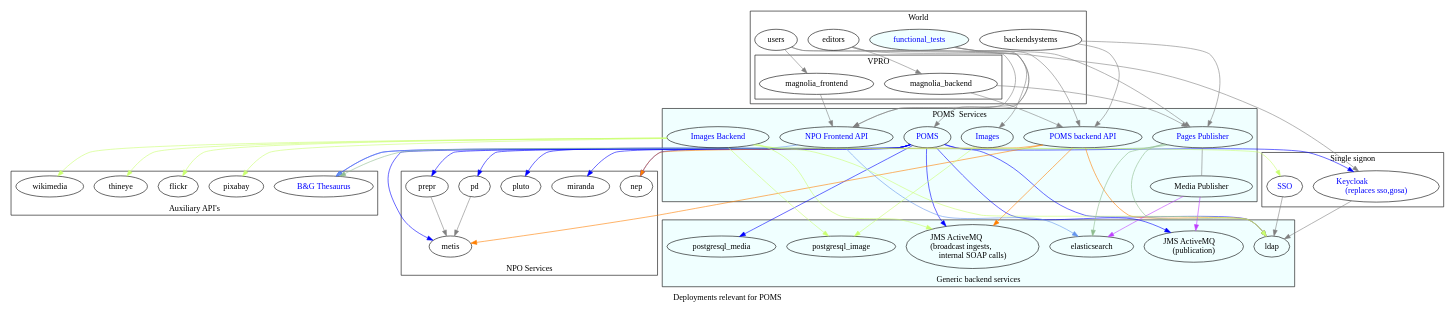
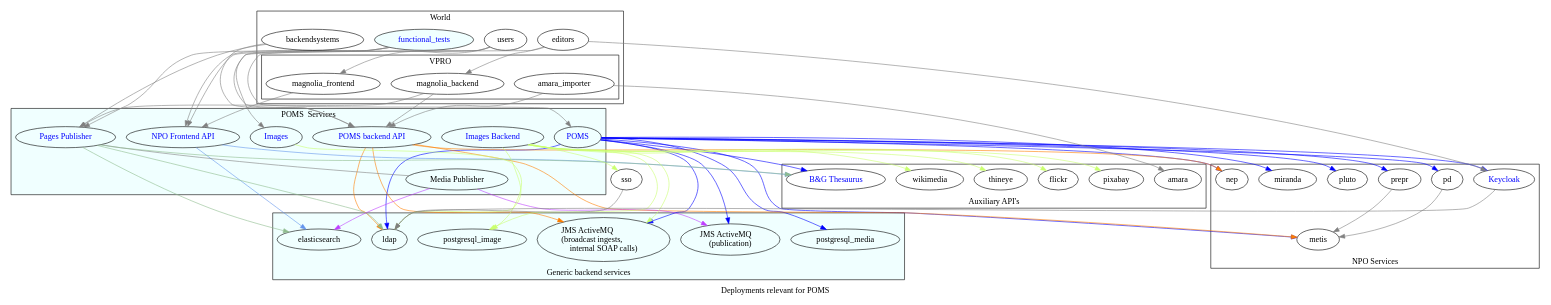
Before and after one commit to npo-poms/poms-parent: the diagram in poms-deployment.dot, drawn with Graphviz. The commit also changed 5 other files, not shown here.

Commit message:
removed cas, added amara_poms

```diff
--- a/poms-deployment.dot
+++ b/poms-deployment.dot
@@ -1,186 +1,189 @@
 digraph poms_universe {
 
     label="Deployments relevant for POMS"
     edge [
       color=gray
     ]
 
     poms [ label="POMS" href="https://poms.omroep.nl/" fontcolor=blue ]
     poms_backend [ label="POMS backend API" href="https://api.poms.omroep.nl/" fontcolor=blue ]
     api [ label = "NPO Frontend API" href="https://rs.poms.omroep.nl/" fontcolor=blue ]
     pages_publish [ label = "Pages Publisher"     href="https://publish.pages.omroep.nl/" fontcolor=blue ]
     media_publish [ label = "Media Publisher" ]
     images_frontend [ label = "Images" href="https://images.poms.omroep.nl" fontcolor=blue]
     images_backend [ label = "Images Backend" href="https://poms.omroep.nl/images/" fontcolor=blue ]
     gtaa [ label ="B&G Thesaurus"  href="http://gtaa.beeldengeluid.nl/" fontcolor=blue]
     thineye
     functional_tests [
        fillcolor=azure
        style=filled
        href="https://jenkins.vpro.nl/job/POMS%20Functional%20Tests/"
        fontcolor="blue"
     ]
 
     subgraph cluster_0  {
       label="Generic backend services"
       labelloc=b
       bgcolor=azure
       postgresql_media
       postgresql_image
       elasticsearch
       jms_ingest [ label = "JMS ActiveMQ\l(broadcast ingests,\linternal SOAP calls)" ]
       jms_publish [ label = "JMS ActiveMQ\l(publication)" ]
       ldap
       // gosa [ label="GOSa" href="https://admin.sso.omroep.nl/" fontcolor=blue
 
     }
-   subgraph cluster_1  {
-    label="Single signon"
-    sso [ label="SSO" href="https://sso.omroep.nl" fontcolor=blue]
-    keycloak [ label = "Keycloak\l(replaces sso,gosa)" href="https://ident-test.poms.omroep.nl/auth/" fontcolor=blue]
-}
 
 
 subgraph cluster_3  {
   label="World"
   users
   backendsystems
   editors
   functional_tests
 subgraph cluster_2  {
   label="VPRO"
   magnolia_frontend
   magnolia_backend
+  amara_importer
 }
 
 }
 subgraph cluster_4  {
   label="POMS  Services"
   bgcolor=azure
   poms
   poms_backend
   pages_publish
   media_publish
   api
   images_frontend
   images_backend
 }
 
 subgraph cluster_5  {
   label="NPO Services"
   labelloc=b
   metis
   pd
   prepr
   miranda
   pluto
   nep
+  keycloak [ label = "Keycloak" href="https://ident.poms.omroep.nl/auth/" fontcolor=blue]
 }
 
 subgraph cluster_6 {
   label="Auxiliary API's"
   labelloc=b
   gtaa
   thineye
   wikimedia
   pixabay
   flickr
+  amara
 }
 
 editors -> {
   magnolia_backend
   poms
   keycloak
 }
 
 users -> {
   magnolia_frontend
   api
   images_frontend
 }
 
 backendsystems -> {
   poms_backend
   pages_publish
 }
 
 poms -> {
   postgresql_media
   jms_publish
   jms_ingest
   keycloak
   ldap
   miranda
   prepr
   pd
   metis
   pluto
   nep
   gtaa
 }[color=blue]
 
 poms_backend -> {
   jms_ingest
   ldap
   metis
   ldap
   nep
 }[color=darkorange1]
 
 api -> {
   elasticsearch
   gtaa
 }[color=cornflowerblue]
 
 pages_publish-> {
   elasticsearch
   ldap
   gtaa
 }[color=darkseagreen]
 
 media_publish -> {
   elasticsearch
   jms_publish
 }[color=darkorchid1]
 pages_publish -> media_publish[dir=none]
 
 images_frontend -> {
   postgresql_image
 }[color=darkolivegreen1]
 images_backend -> {
   postgresql_image
   jms_ingest
   sso
   ldap
   thineye
   wikimedia
   pixabay
   flickr
 }[color=darkolivegreen1]
 
 magnolia_backend -> {
   poms_backend
   pages_publish
 }
 
 magnolia_frontend -> {
   api
 }
 
 sso -> ldap
 
 prepr -> metis
 pd -> metis
 
 //gosa -> ldap
 
 keycloak -> ldap
 
 
 functional_tests -> {
   poms_backend
   pages_publish
   api
 }
 
+amara_importer -> {
+  poms_backend
+  amara
 }
+
+}
```
